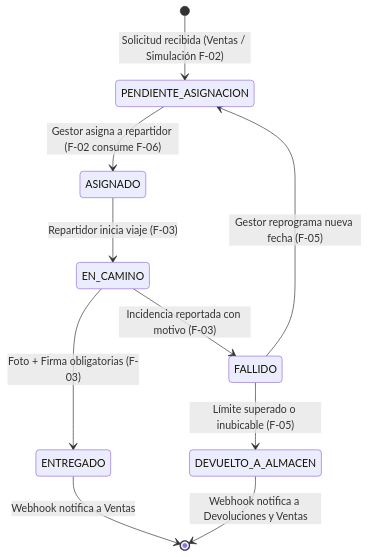
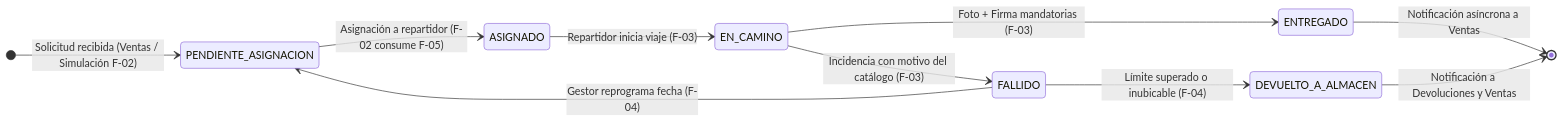
The second of 2 diagrams in specs/overview.md (Taller-SW-Web/G2-Despacho-Specs), drawn with Mermaid before and after one commit. The commit also changed other lines of this file and 8 other files, not shown here.

````diff
--- a/specs/overview.md
+++ b/specs/overview.md
@@ -248,12 +72,13 @@
 ```mermaid
 stateDiagram-v2
+    direction LR
     [*] --> PENDIENTE_ASIGNACION: Solicitud recibida (Ventas / Simulación F-02)
-    PENDIENTE_ASIGNACION --> ASIGNADO: Gestor asigna a repartidor (F-02 consume F-06)
+    PENDIENTE_ASIGNACION --> ASIGNADO: Asignación a repartidor (F-02 consume F-05)
     ASIGNADO --> EN_CAMINO: Repartidor inicia viaje (F-03)
-    EN_CAMINO --> ENTREGADO: Foto + Firma obligatorias (F-03)
-    EN_CAMINO --> FALLIDO: Incidencia reportada con motivo (F-03)
-    FALLIDO --> PENDIENTE_ASIGNACION: Gestor reprograma nueva fecha (F-05)
-    FALLIDO --> DEVUELTO_A_ALMACEN: Límite superado o inubicable (F-05)
-    ENTREGADO --> [*]: Webhook notifica a Ventas
-    DEVUELTO_A_ALMACEN --> [*]: Webhook notifica a Devoluciones y Ventas
+    EN_CAMINO --> ENTREGADO: Foto + Firma mandatorias (F-03)
+    EN_CAMINO --> FALLIDO: Incidencia con motivo del catálogo (F-03)
+    FALLIDO --> PENDIENTE_ASIGNACION: Gestor reprograma fecha (F-04)
+    FALLIDO --> DEVUELTO_A_ALMACEN: Límite superado o inubicable (F-04)
+    ENTREGADO --> [*]: Notificación asíncrona a Ventas
+    DEVUELTO_A_ALMACEN --> [*]: Notificación a Devoluciones y Ventas
 ```
````
